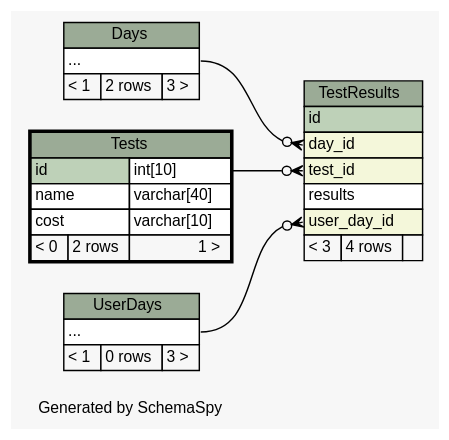
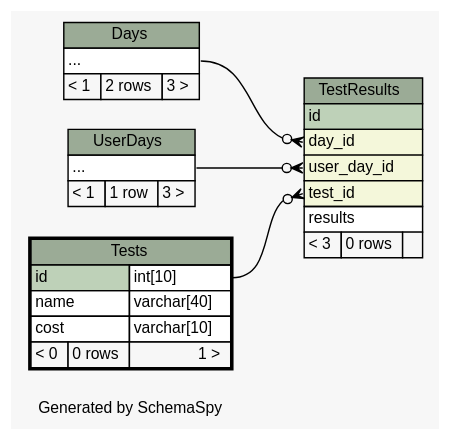
Before and after one commit to carrel2/CaseStudies: the diagram in web/files/schema/diagrams/Tests.2degrees.dot, drawn with Graphviz. The commit also changed 75 other files, not shown here.

```diff
--- a/web/files/schema/diagrams/Tests.2degrees.dot
+++ b/web/files/schema/diagrams/Tests.2degrees.dot
@@ -1,71 +1,71 @@
 // dot 2.38.0 on Linux 4.4.0-64-generic
 // SchemaSpy rev 590
 digraph "twoDegreesRelationshipsDiagram" {
   graph [
     rankdir="RL"
     bgcolor="#f7f7f7"
     label="\nGenerated by SchemaSpy"
     labeljust="l"
     nodesep="0.18"
     ranksep="0.46"
     fontname="Helvetica"
     fontsize="11"
   ];
   node [
     fontname="Helvetica"
     fontsize="11"
     shape="plaintext"
   ];
   edge [
     arrowsize="0.8"
   ];
   "TestResults":"day_id":w -> "Days":"elipses":e [arrowhead=none dir=back arrowtail=crowodot];
   "TestResults":"test_id":w -> "Tests":"id.type":e [arrowhead=none dir=back arrowtail=crowodot];
   "TestResults":"user_day_id":w -> "UserDays":"elipses":e [arrowhead=none dir=back arrowtail=crowodot];
   "Days" [
     label=<
     <TABLE BORDER="0" CELLBORDER="1" CELLSPACING="0" BGCOLOR="#ffffff">
       <TR><TD COLSPAN="3" BGCOLOR="#9bab96" ALIGN="CENTER">Days</TD></TR>
       <TR><TD PORT="elipses" COLSPAN="3" ALIGN="LEFT">...</TD></TR>
       <TR><TD ALIGN="LEFT" BGCOLOR="#f7f7f7">&lt; 1</TD><TD ALIGN="RIGHT" BGCOLOR="#f7f7f7">2 rows</TD><TD ALIGN="RIGHT" BGCOLOR="#f7f7f7">3 &gt;</TD></TR>
     </TABLE>>
     URL="Days.html"
     tooltip="Days"
   ];
   "TestResults" [
     label=<
     <TABLE BORDER="0" CELLBORDER="1" CELLSPACING="0" BGCOLOR="#ffffff">
       <TR><TD COLSPAN="3" BGCOLOR="#9bab96" ALIGN="CENTER">TestResults</TD></TR>
       <TR><TD PORT="id" COLSPAN="3" BGCOLOR="#bed1b8" ALIGN="LEFT">id</TD></TR>
       <TR><TD PORT="day_id" COLSPAN="3" BGCOLOR="#f4f7da" ALIGN="LEFT">day_id</TD></TR>
+      <TR><TD PORT="user_day_id" COLSPAN="3" BGCOLOR="#f4f7da" ALIGN="LEFT">user_day_id</TD></TR>
       <TR><TD PORT="test_id" COLSPAN="3" BGCOLOR="#f4f7da" ALIGN="LEFT">test_id</TD></TR>
       <TR><TD PORT="results" COLSPAN="3" ALIGN="LEFT">results</TD></TR>
-      <TR><TD PORT="user_day_id" COLSPAN="3" BGCOLOR="#f4f7da" ALIGN="LEFT">user_day_id</TD></TR>
-      <TR><TD ALIGN="LEFT" BGCOLOR="#f7f7f7">&lt; 3</TD><TD ALIGN="RIGHT" BGCOLOR="#f7f7f7">4 rows</TD><TD ALIGN="RIGHT" BGCOLOR="#f7f7f7">  </TD></TR>
+      <TR><TD ALIGN="LEFT" BGCOLOR="#f7f7f7">&lt; 3</TD><TD ALIGN="RIGHT" BGCOLOR="#f7f7f7">0 rows</TD><TD ALIGN="RIGHT" BGCOLOR="#f7f7f7">  </TD></TR>
     </TABLE>>
     URL="TestResults.html"
     tooltip="TestResults"
   ];
   "Tests" [
     label=<
     <TABLE BORDER="2" CELLBORDER="1" CELLSPACING="0" BGCOLOR="#ffffff">
       <TR><TD COLSPAN="3" BGCOLOR="#9bab96" ALIGN="CENTER">Tests</TD></TR>
       <TR><TD PORT="id" COLSPAN="2" BGCOLOR="#bed1b8" ALIGN="LEFT">id</TD><TD PORT="id.type" ALIGN="LEFT">int[10]</TD></TR>
       <TR><TD PORT="name" COLSPAN="2" ALIGN="LEFT">name</TD><TD PORT="name.type" ALIGN="LEFT">varchar[40]</TD></TR>
       <TR><TD PORT="cost" COLSPAN="2" ALIGN="LEFT">cost</TD><TD PORT="cost.type" ALIGN="LEFT">varchar[10]</TD></TR>
-      <TR><TD ALIGN="LEFT" BGCOLOR="#f7f7f7">&lt; 0</TD><TD ALIGN="RIGHT" BGCOLOR="#f7f7f7">2 rows</TD><TD ALIGN="RIGHT" BGCOLOR="#f7f7f7">1 &gt;</TD></TR>
+      <TR><TD ALIGN="LEFT" BGCOLOR="#f7f7f7">&lt; 0</TD><TD ALIGN="RIGHT" BGCOLOR="#f7f7f7">0 rows</TD><TD ALIGN="RIGHT" BGCOLOR="#f7f7f7">1 &gt;</TD></TR>
     </TABLE>>
     URL="Tests.html"
     tooltip="Tests"
   ];
   "UserDays" [
     label=<
     <TABLE BORDER="0" CELLBORDER="1" CELLSPACING="0" BGCOLOR="#ffffff">
       <TR><TD COLSPAN="3" BGCOLOR="#9bab96" ALIGN="CENTER">UserDays</TD></TR>
       <TR><TD PORT="elipses" COLSPAN="3" ALIGN="LEFT">...</TD></TR>
-      <TR><TD ALIGN="LEFT" BGCOLOR="#f7f7f7">&lt; 1</TD><TD ALIGN="RIGHT" BGCOLOR="#f7f7f7">0 rows</TD><TD ALIGN="RIGHT" BGCOLOR="#f7f7f7">3 &gt;</TD></TR>
+      <TR><TD ALIGN="LEFT" BGCOLOR="#f7f7f7">&lt; 1</TD><TD ALIGN="RIGHT" BGCOLOR="#f7f7f7">1 row</TD><TD ALIGN="RIGHT" BGCOLOR="#f7f7f7">3 &gt;</TD></TR>
     </TABLE>>
     URL="UserDays.html"
     tooltip="UserDays"
   ];
 }
```
